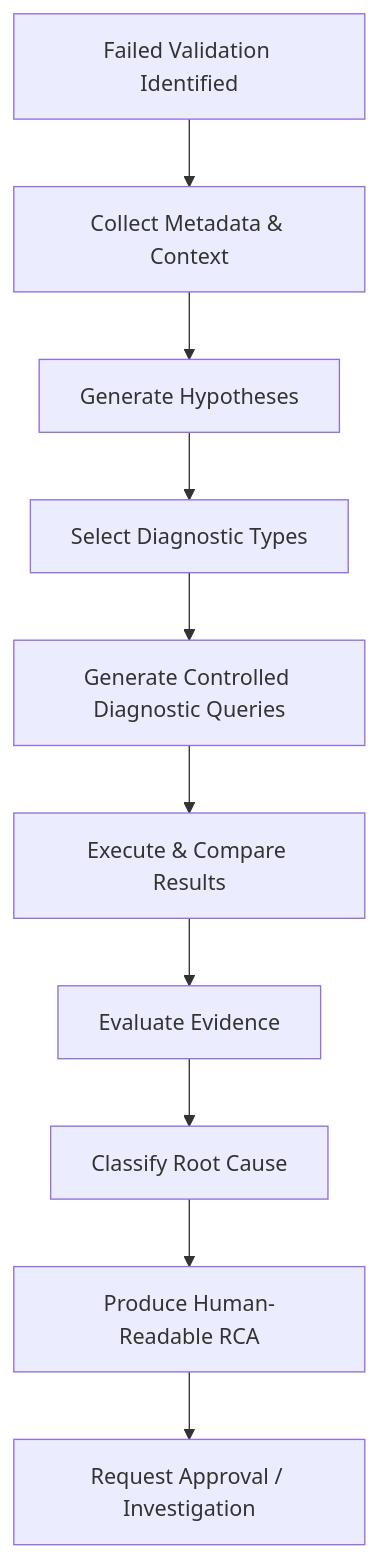
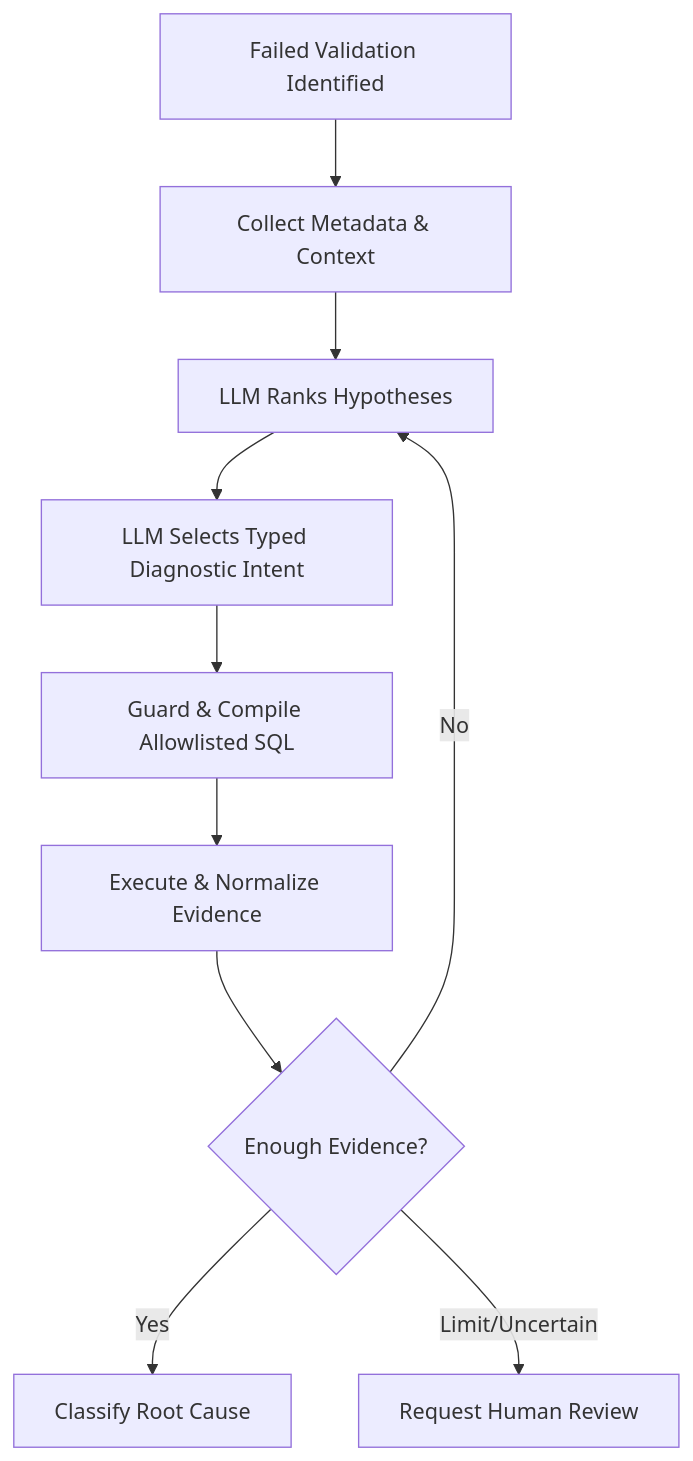
Before and after one commit to muthumr0306/DBK-BQ-VALIDATION-AGENT-V2: the eighth of 9 diagrams in dq_agent_conceptual_flow.md, drawn with Mermaid. The commit also changed other lines of this file and 48 other files, not shown here.

````diff
--- a/dq_agent_conceptual_flow.md
+++ b/dq_agent_conceptual_flow.md
@@ -236,12 +242,12 @@
 ```mermaid
 flowchart TD
     A[Failed Validation Identified] --> B[Collect Metadata & Context]
-    B --> C[Generate Hypotheses]
-    C --> D[Select Diagnostic Types]
-    D --> E[Generate Controlled Diagnostic Queries]
-    E --> F[Execute & Compare Results]
-    F --> G[Evaluate Evidence]
-    G --> H[Classify Root Cause]
-    H --> I[Produce Human-Readable RCA]
-    I --> J[Request Approval / Investigation]
+    B --> C[LLM Ranks Hypotheses]
+    C --> D[LLM Selects Typed Diagnostic Intent]
+    D --> E[Guard & Compile Allowlisted SQL]
+    E --> F[Execute & Normalize Evidence]
+    F --> G{Enough Evidence?}
+    G -- No --> C
+    G -- Yes --> H[Classify Root Cause]
+    G -- Limit/Uncertain --> I[Request Human Review]
 ```
````
